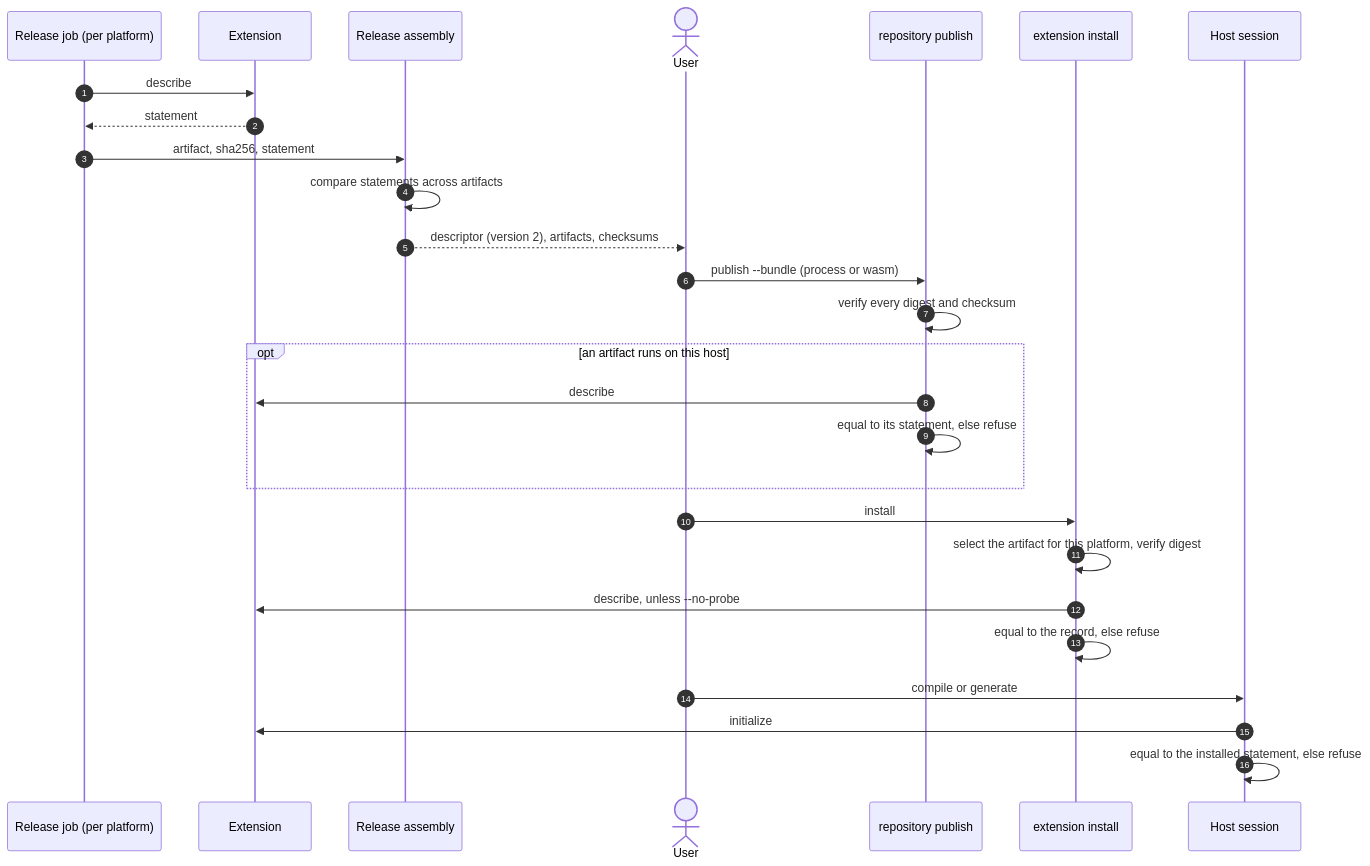
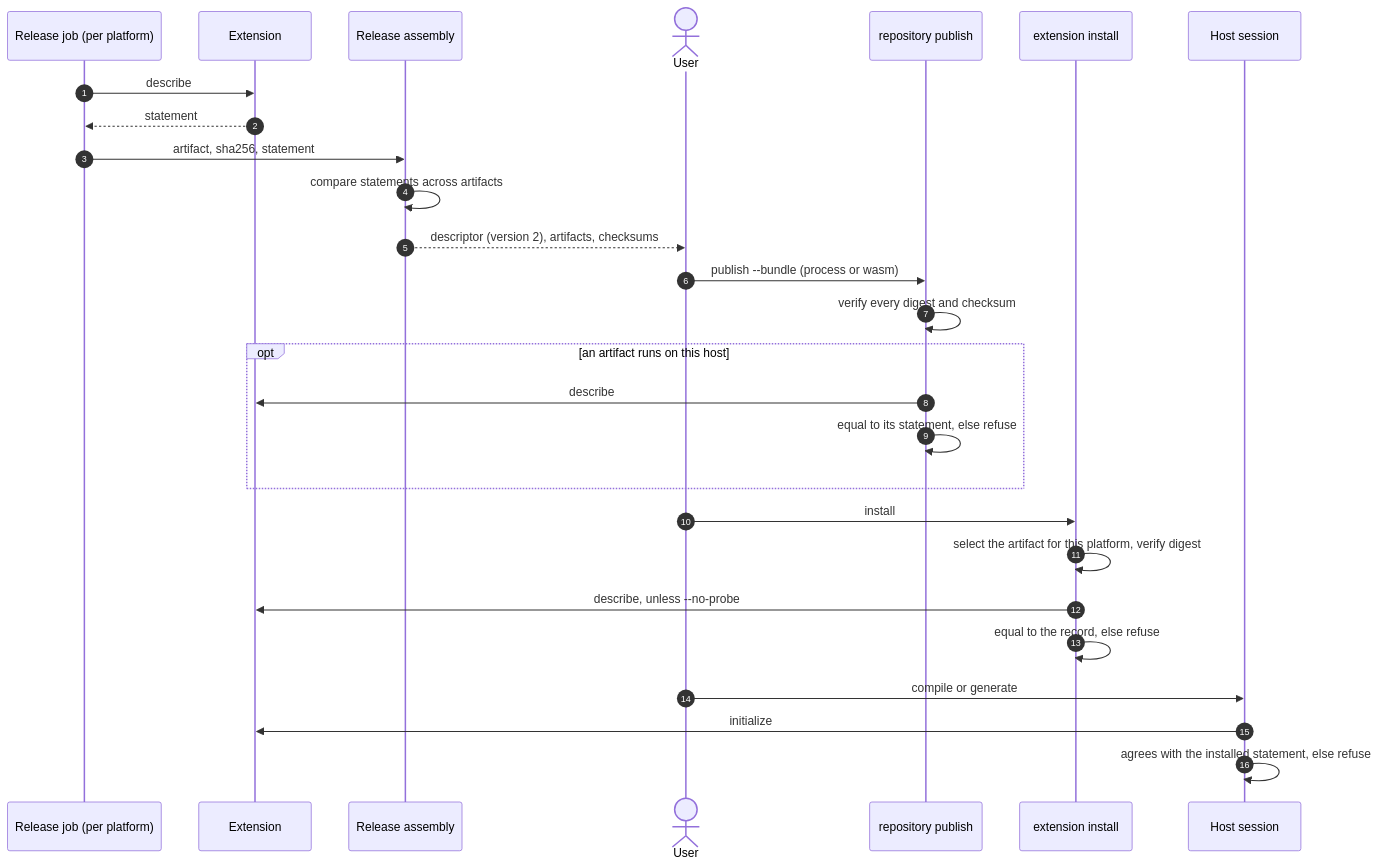
Before and after one commit to finos/morphir: the third of 3 diagrams in docs/design/draft/extensions/distribution-and-acquisition.md, drawn with Mermaid. The commit also changed other lines of this file and 3 other files, not shown here.

````diff
--- a/docs/design/draft/extensions/distribution-and-acquisition.md
+++ b/docs/design/draft/extensions/distribution-and-acquisition.md
@@ -266,30 +266,30 @@
 ```mermaid
 sequenceDiagram
     autonumber
     participant CI as Release job (per platform)
     participant Guest as Extension
     participant Asm as Release assembly
     actor User
     participant Repo as repository publish
     participant Inst as extension install
     participant Host as Host session
 
     CI->>Guest: describe
     Guest-->>CI: statement
     CI->>Asm: artifact, sha256, statement
     Asm->>Asm: compare statements across artifacts
     Asm-->>User: descriptor (version 2), artifacts, checksums
     User->>Repo: publish --bundle (process or wasm)
     Repo->>Repo: verify every digest and checksum
     opt an artifact runs on this host
         Repo->>Guest: describe
         Repo->>Repo: equal to its statement, else refuse
     end
     User->>Inst: install
     Inst->>Inst: select the artifact for this platform, verify digest
     Inst->>Guest: describe, unless --no-probe
     Inst->>Inst: equal to the record, else refuse
     User->>Host: compile or generate
     Host->>Guest: initialize
-    Host->>Host: equal to the installed statement, else refuse
+    Host->>Host: agrees with the installed statement, else refuse
 ```
````
